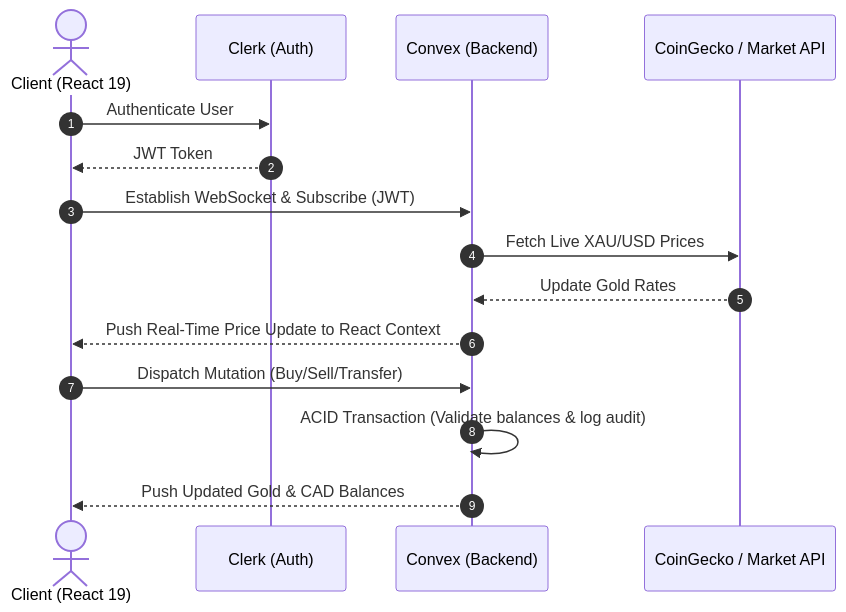
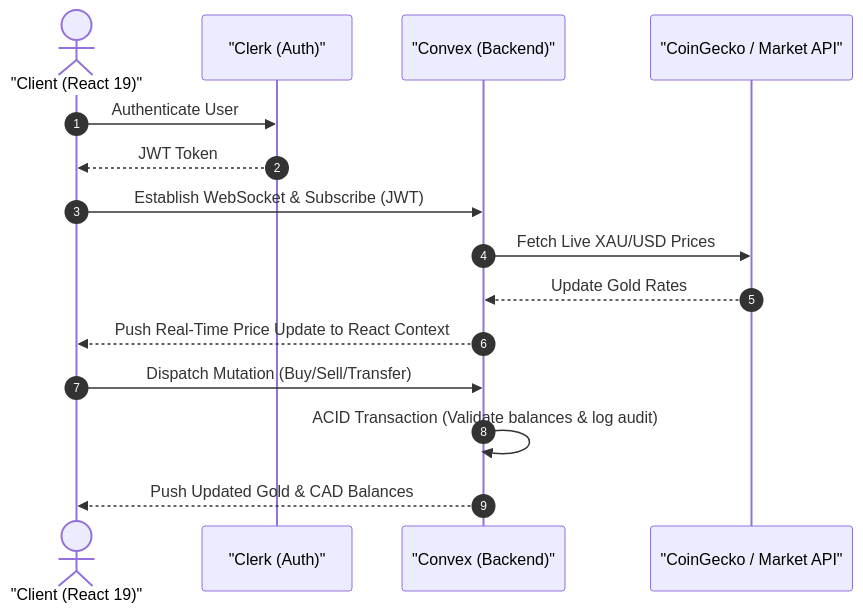
One commit to SharveshKandavel/BitGold changed the first of 2 diagrams in README.md. Above: the diagram before and after it, drawn with Mermaid. The commit also changed other lines of this file and 1 other file, not shown here.

````diff
--- a/README.md
+++ b/README.md
@@ -53,18 +65,18 @@
 ```mermaid
 sequenceDiagram
     autonumber
-    actor User as Client (React 19)
-    participant Clerk as Clerk (Auth)
-    participant Convex as Convex (Backend)
-    participant CoinGecko as CoinGecko / Market API
+    actor User as "Client (React 19)"
+    participant Clerk as "Clerk (Auth)"
+    participant Convex as "Convex (Backend)"
+    participant CoinGecko as "CoinGecko / Market API"
 
     User->>Clerk: Authenticate User
     Clerk-->>User: JWT Token
     User->>Convex: Establish WebSocket & Subscribe (JWT)
     Convex->>CoinGecko: Fetch Live XAU/USD Prices
     CoinGecko-->>Convex: Update Gold Rates
     Convex-->>User: Push Real-Time Price Update to React Context
     User->>Convex: Dispatch Mutation (Buy/Sell/Transfer)
     Convex->>Convex: ACID Transaction (Validate balances & log audit)
     Convex-->>User: Push Updated Gold & CAD Balances
 ```
````
